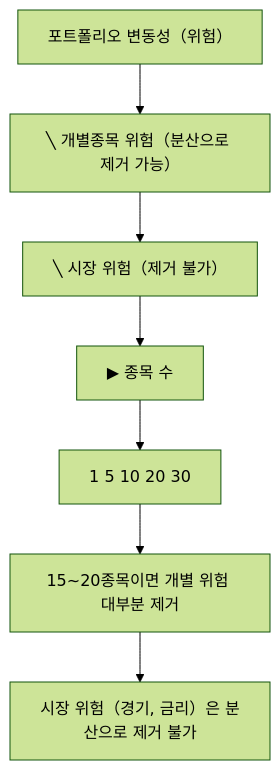
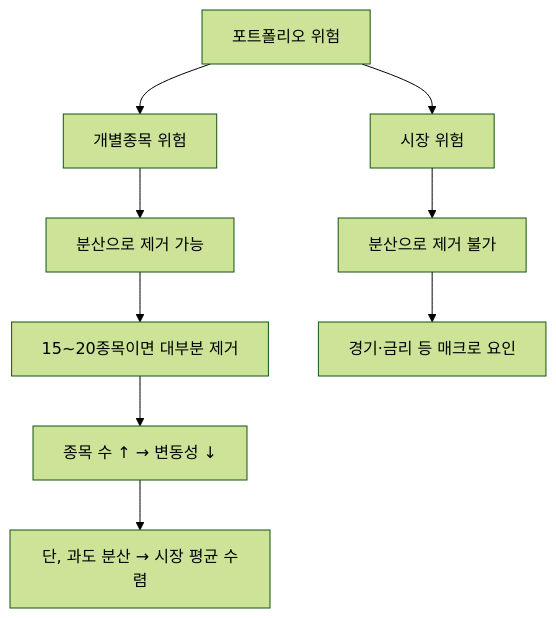
Before and after one commit to yeongseon/stock-visual-note: the diagram in content/stock-terms/ko/level-10-company-analysis/diversification.md, drawn with Mermaid (forest theme). The commit also changed other lines of this file and 96 other files, not shown here.

Commit message:
Rewrite all 98 remaining articles: branching Mermaid diagrams, natural search_intent, compelling seo_titles, clean descriptions

````diff
--- a/content/stock-terms/ko/level-10-company-analysis/diversification.md
+++ b/content/stock-terms/ko/level-10-company-analysis/diversification.md
@@ -42,16 +42,12 @@
 ```mermaid
 graph TD
-    N0["포트폴리오 변동성（위험）"]
-    N1["╲ 개별종목 위험（분산으로 제거 가능）"]
-    N2["╲ 시장 위험（제거 불가）"]
-    N3["▶ 종목 수"]
-    N4["1 5 10 20 30"]
-    N5["15~20종목이면 개별 위험 대부분 제거"]
-    N6["시장 위험（경기, 금리）은 분산으로 제거 불가"]
-    N0 --> N1
-    N1 --> N2
-    N2 --> N3
-    N3 --> N4
-    N4 --> N5
-    N5 --> N6
+    A["포트폴리오 위험"]
+    A --> B["개별종목 위험"]
+    A --> C["시장 위험"]
+    B --> B1["분산으로 제거 가능"]
+    B1 --> B2["15~20종목이면 대부분 제거"]
+    C --> C1["분산으로 제거 불가"]
+    C1 --> C2["경기·금리 등 매크로 요인"]
+    B2 --> D["종목 수 ↑ → 변동성 ↓"]
+    D --> E["단, 과도 분산 → 시장 평균 수렴"]
 ```
````
